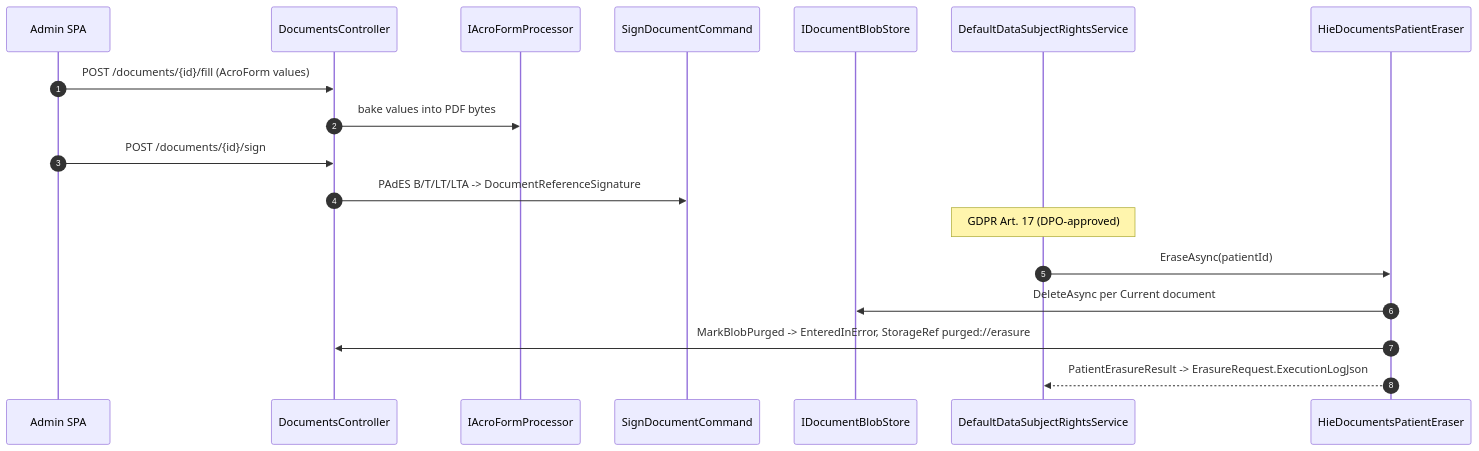
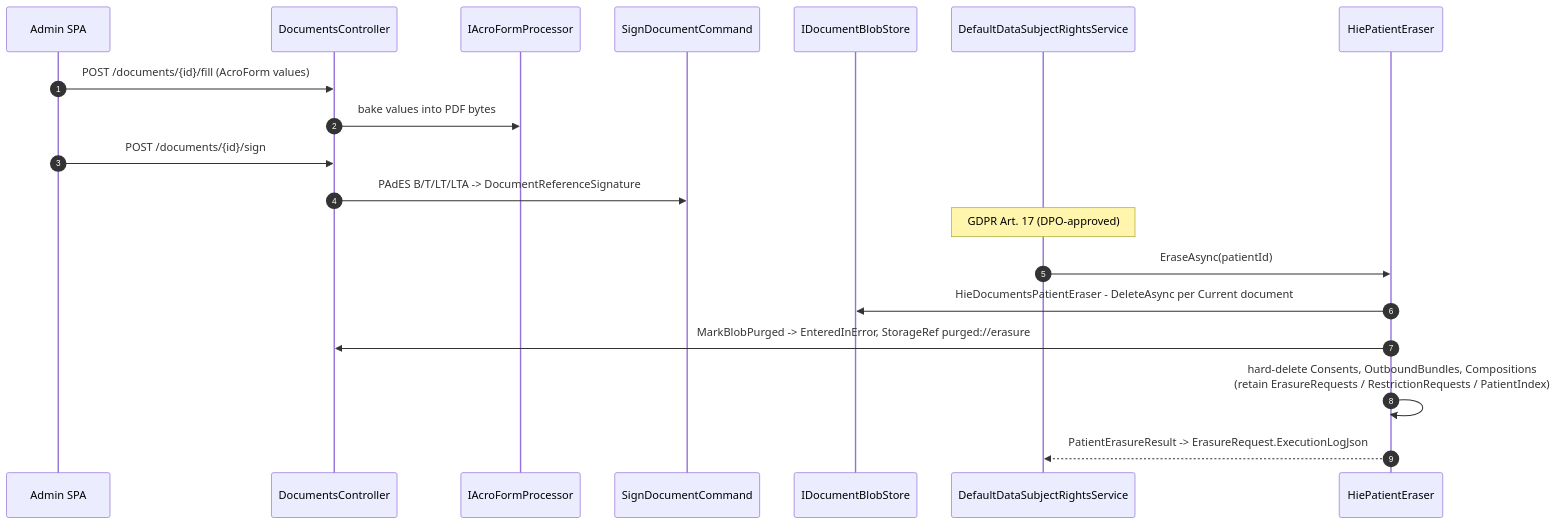
The sixth of 6 diagrams in src/backend/HIE/ARCHITECTURE.md (Ahmed-Shehzad/Dialysis), drawn with Mermaid before and after one commit. The commit also changed other lines of this file and 21 other files, not shown here.

First line of the commit message:
docs: full documentation realignment to HEAD + comprehensive diagram suite (#232)

````diff
--- a/src/backend/HIE/ARCHITECTURE.md
+++ b/src/backend/HIE/ARCHITECTURE.md
@@ -258,21 +272,22 @@
 ```mermaid
 sequenceDiagram
     autonumber
     participant SPA as Admin SPA
     participant Api as DocumentsController
     participant Acro as IAcroFormProcessor
     participant Sign as SignDocumentCommand
     participant Blob as IDocumentBlobStore
     participant DSR as DefaultDataSubjectRightsService
-    participant Er as HieDocumentsPatientEraser
+    participant Er as HiePatientEraser
 
     SPA->>Api: POST /documents/{id}/fill (AcroForm values)
     Api->>Acro: bake values into PDF bytes
     SPA->>Api: POST /documents/{id}/sign
     Api->>Sign: PAdES B/T/LT/LTA -> DocumentReferenceSignature
     Note over DSR: GDPR Art. 17 (DPO-approved)
     DSR->>Er: EraseAsync(patientId)
-    Er->>Blob: DeleteAsync per Current document
+    Er->>Blob: HieDocumentsPatientEraser - DeleteAsync per Current document
     Er->>Api: MarkBlobPurged -> EnteredInError, StorageRef purged://erasure
+    Er->>Er: hard-delete Consents, OutboundBundles, Compositions<br/>(retain ErasureRequests / RestrictionRequests / PatientIndex)
     Er-->>DSR: PatientErasureResult -> ErasureRequest.ExecutionLogJson
 ```
````
